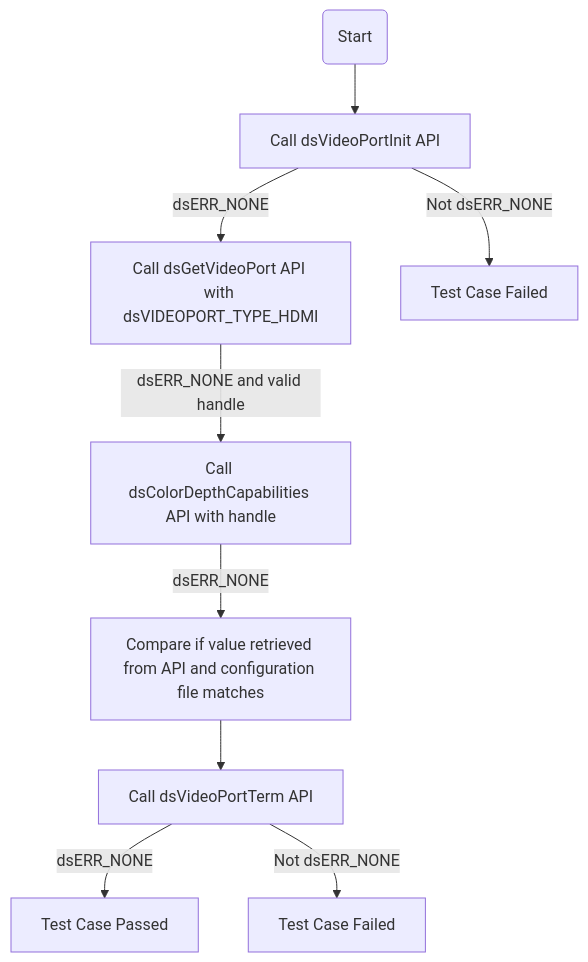
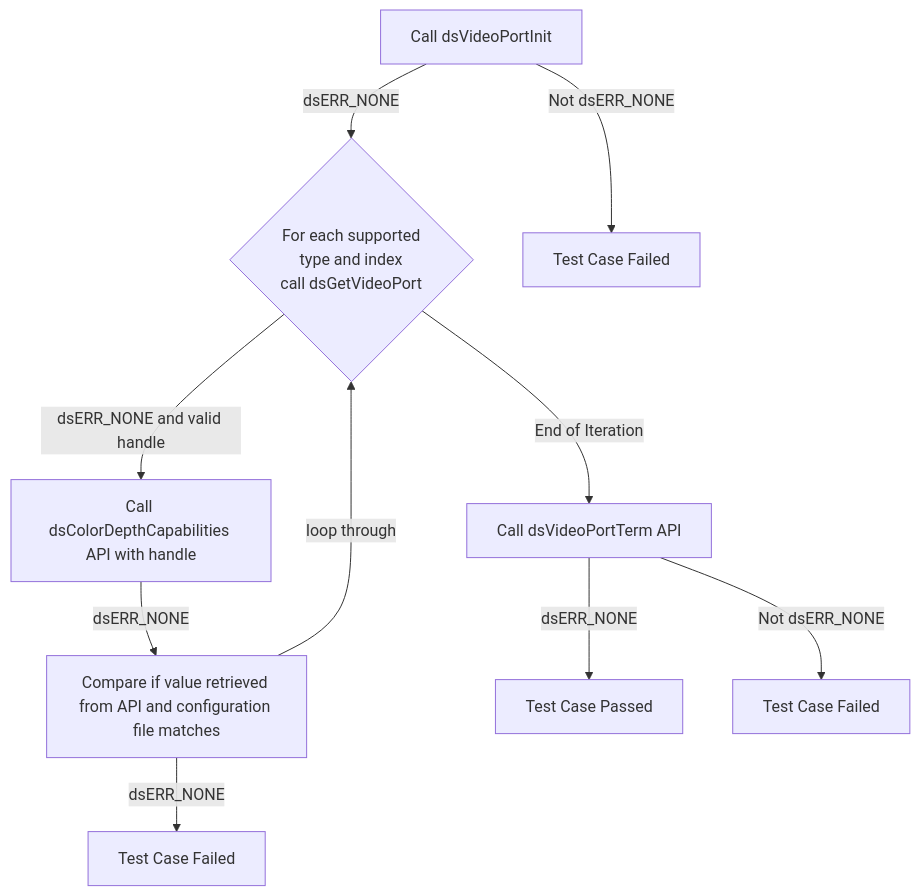
Before and after one commit to rdkcentral/rdk-halif-test-device_settings: diagram 11 of 15 in docs/pages/ds-video-port_L2_Low-Level_TestSpecification.md, drawn with Mermaid. The commit also changed other lines of this file and 13 other files, not shown here.

Commit message:
gh #14 Update test case and configuration

````diff
--- a/docs/pages/ds-video-port_L2_Low-Level_TestSpecification.md
+++ b/docs/pages/ds-video-port_L2_Low-Level_TestSpecification.md
@@ -491,11 +498,12 @@
 ```mermaid
 graph TB
-    Start(Start) --> Step1[Call dsVideoPortInit API]
-    Step1 -- "dsERR_NONE" --> Step2[Call dsGetVideoPort API with dsVIDEOPORT_TYPE_HDMI]
+    Step1[Call dsVideoPortInit] -->|dsERR_NONE| Step2{For each supported<br> type and index <br> call dsGetVideoPort}
     Step1 -- "Not dsERR_NONE" --> Fail1[Test Case Failed]
     Step2 -- "dsERR_NONE and valid handle" --> Step3[Call dsColorDepthCapabilities API with handle]
-    Step3 -- "dsERR_NONE" --> Step4[Compare if value retrieved from API and configuration file matches]
-    Step4 --> Step6[Call dsVideoPortTerm API]
+    Step3 -- "dsERR_NONE" --> Step4[Compare if value retrieved <br>from API and configuration file matches]
+    Step4 -->|loop through | Step2
+    Step4 -- "dsERR_NONE" --> Fail6[Test Case Failed]
+    Step2 -->|End of Iteration| Step6[Call dsVideoPortTerm API]
     Step6 -- "dsERR_NONE" --> End[Test Case Passed]
-    Step6 -- "Not dsERR_NONE" --> Fail6[Test Case Failed]
+    Step6 -- "Not dsERR_NONE" --> Fail4[Test Case Failed]
 ```
````
